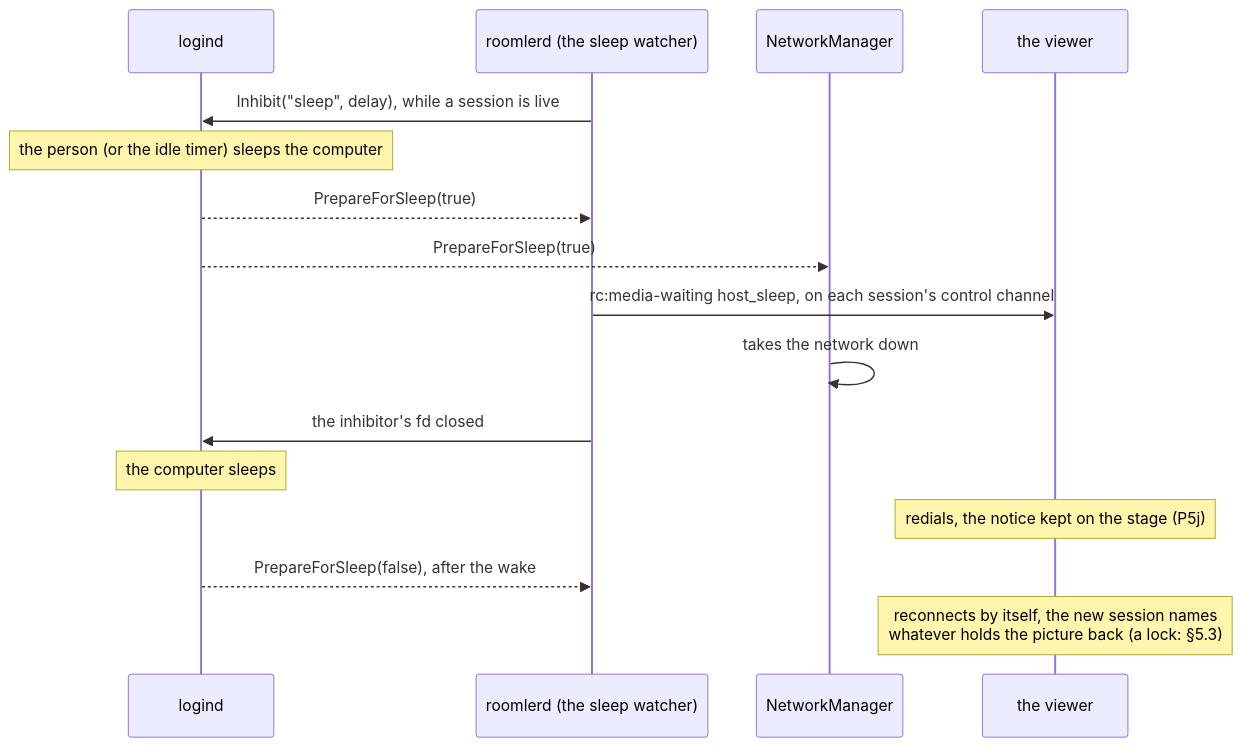
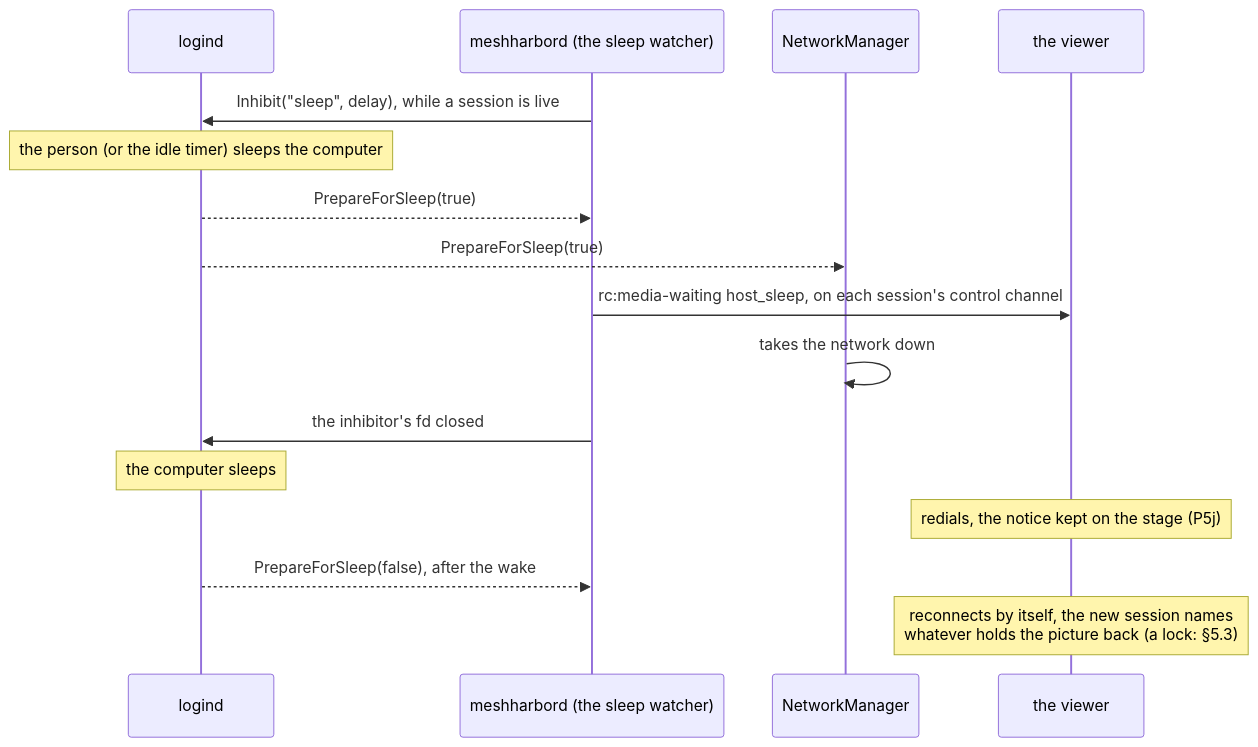
One commit to jk-zhang-meta/MeshHarbor changed diagram 20 of 20 in docs/linux-capture.md. Above: the diagram before and after it, drawn with Mermaid. The commit also changed other lines of this file and 682 other files, not shown here.

````diff
--- a/docs/linux-capture.md
+++ b/docs/linux-capture.md
@@ -1925,18 +1925,18 @@
 ```mermaid
 sequenceDiagram
     participant L as logind
-    participant D as roomlerd (the sleep watcher)
+    participant D as meshharbord (the sleep watcher)
     participant N as NetworkManager
     participant V as the viewer
     D->>L: Inhibit("sleep", delay), while a session is live
     Note over L: the person (or the idle timer) sleeps the computer
     L-->>D: PrepareForSleep(true)
     L-->>N: PrepareForSleep(true)
     D->>V: rc:media-waiting host_sleep, on each session's control channel
     N->>N: takes the network down
     D->>L: the inhibitor's fd closed
     Note over L: the computer sleeps
     Note over V: redials, the notice kept on the stage (P5j)
     L-->>D: PrepareForSleep(false), after the wake
     Note over V: reconnects by itself, the new session names<br/>whatever holds the picture back (a lock: §5.3)
 ```
````
